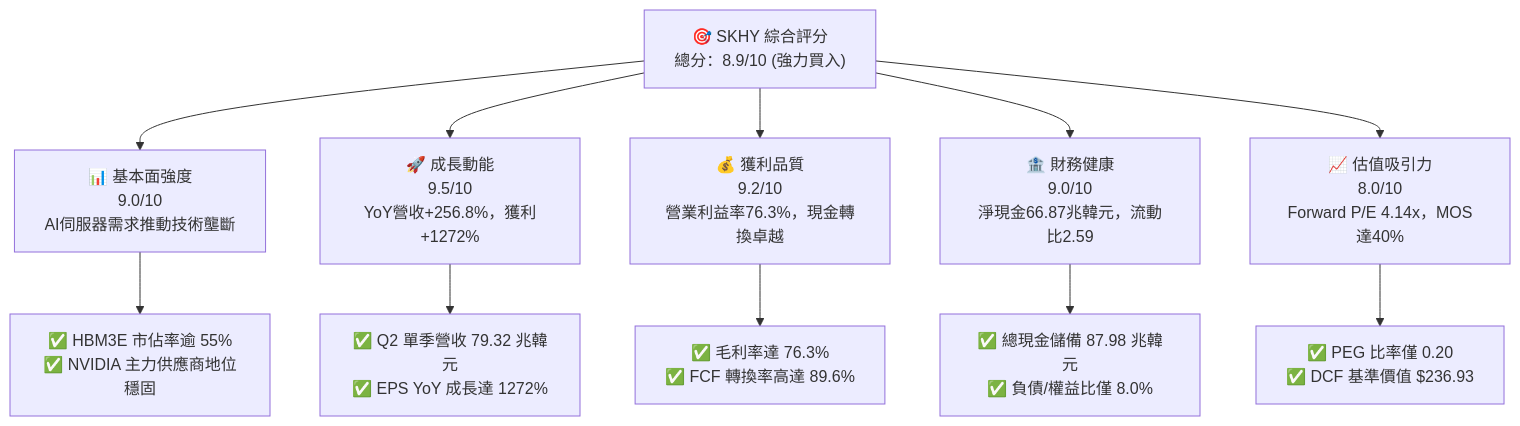
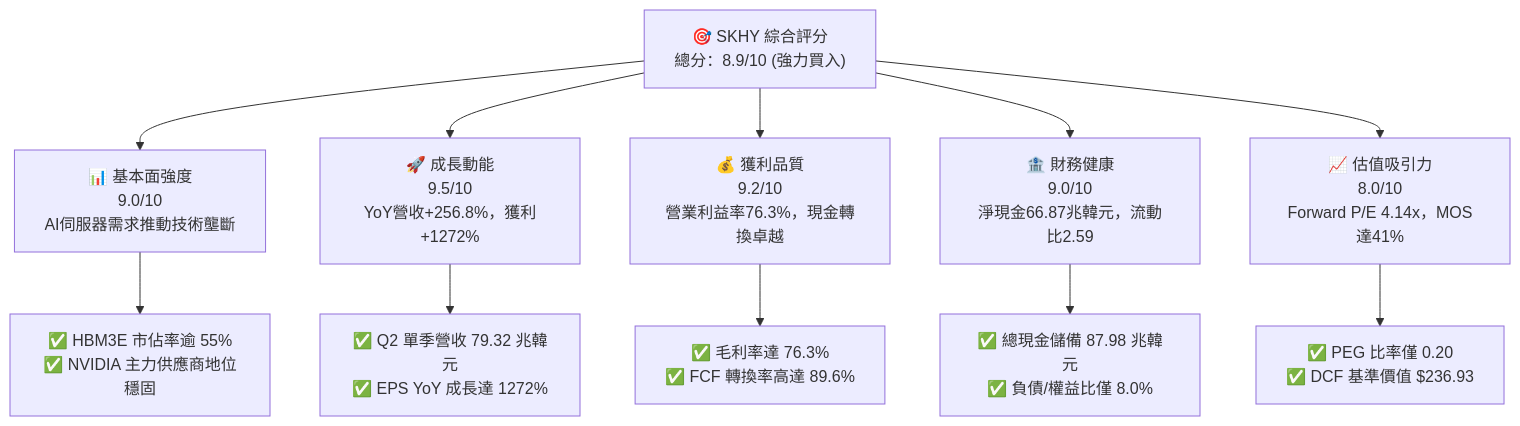
Before and after one commit to yennanliu/finance_data: the first of 15 diagrams in ai_gen_report/fundamental/skhy/fundamental_analysis_2026-10-20_gemini.md, drawn with Mermaid. The commit also changed other lines of this file and 339 other files, not shown here.

````diff
--- a/ai_gen_report/fundamental/skhy/fundamental_analysis_2026-10-20_gemini.md
+++ b/ai_gen_report/fundamental/skhy/fundamental_analysis_2026-10-20_gemini.md
@@ -68,22 +75,22 @@
 ```mermaid
 graph TD
     TICKER["🎯 SKHY 綜合評分<br/>總分：8.9/10 (強力買入)"]
 
     F["📊 基本面強度<br/>9.0/10<br/>AI伺服器需求推動技術壟斷"]
     G["🚀 成長動能<br/>9.5/10<br/>YoY營收+256.8%，獲利+1272%"]
     P["💰 獲利品質<br/>9.2/10<br/>營業利益率76.3%，現金轉換卓越"]
     B["🏦 財務健康<br/>9.0/10<br/>淨現金66.87兆韓元，流動比2.59"]
-    V["📈 估值吸引力<br/>8.0/10<br/>Forward P/E 4.14x，MOS達40%"]
+    V["📈 估值吸引力<br/>8.0/10<br/>Forward P/E 4.14x，MOS達41%"]
 
     TICKER --> F
     TICKER --> G
     TICKER --> P
     TICKER --> B
     TICKER --> V
 
     F --> F1["✅ HBM3E 市佔率逾 55%<br/>✅ NVIDIA 主力供應商地位穩固"]
     G --> G1["✅ Q2 單季營收 79.32 兆韓元<br/>✅ EPS YoY 成長達 1272%"]
     P --> P1["✅ 毛利率達 76.3%<br/>✅ FCF 轉換率高達 89.6%"]
     B --> B1["✅ 總現金儲備 87.98 兆韓元<br/>✅ 負債/權益比僅 8.0%"]
     V --> V1["✅ PEG 比率僅 0.20<br/>✅ DCF 基準價值 $236.93"]
 ```
````
